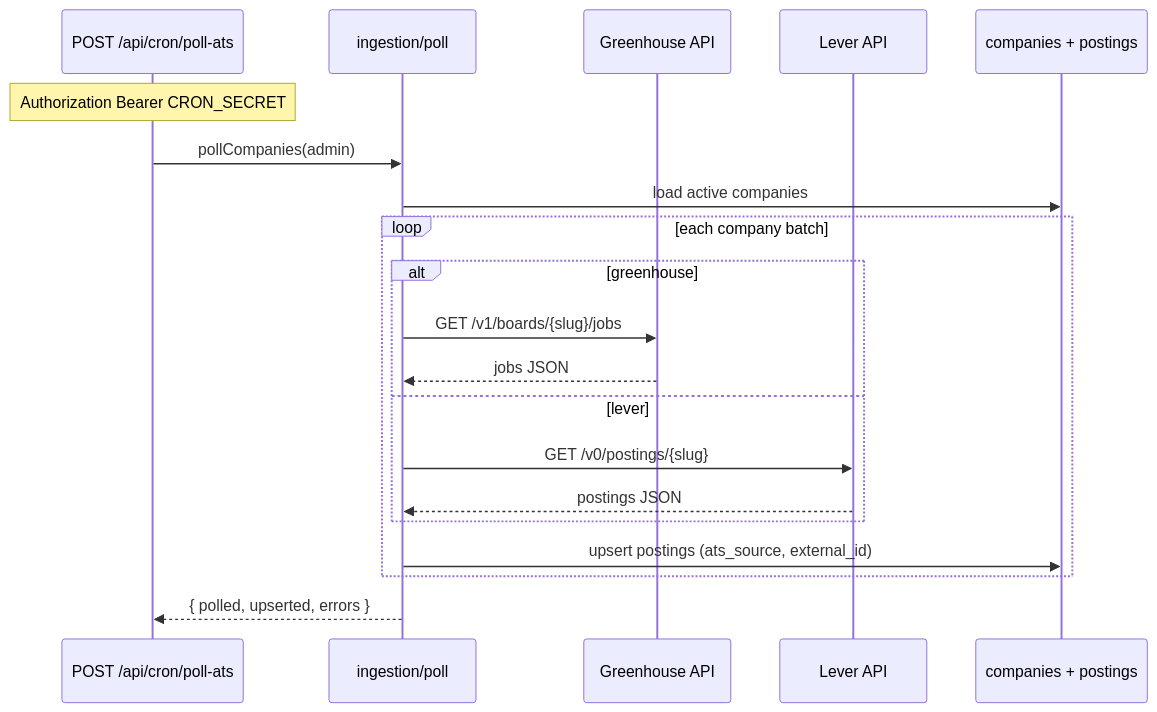
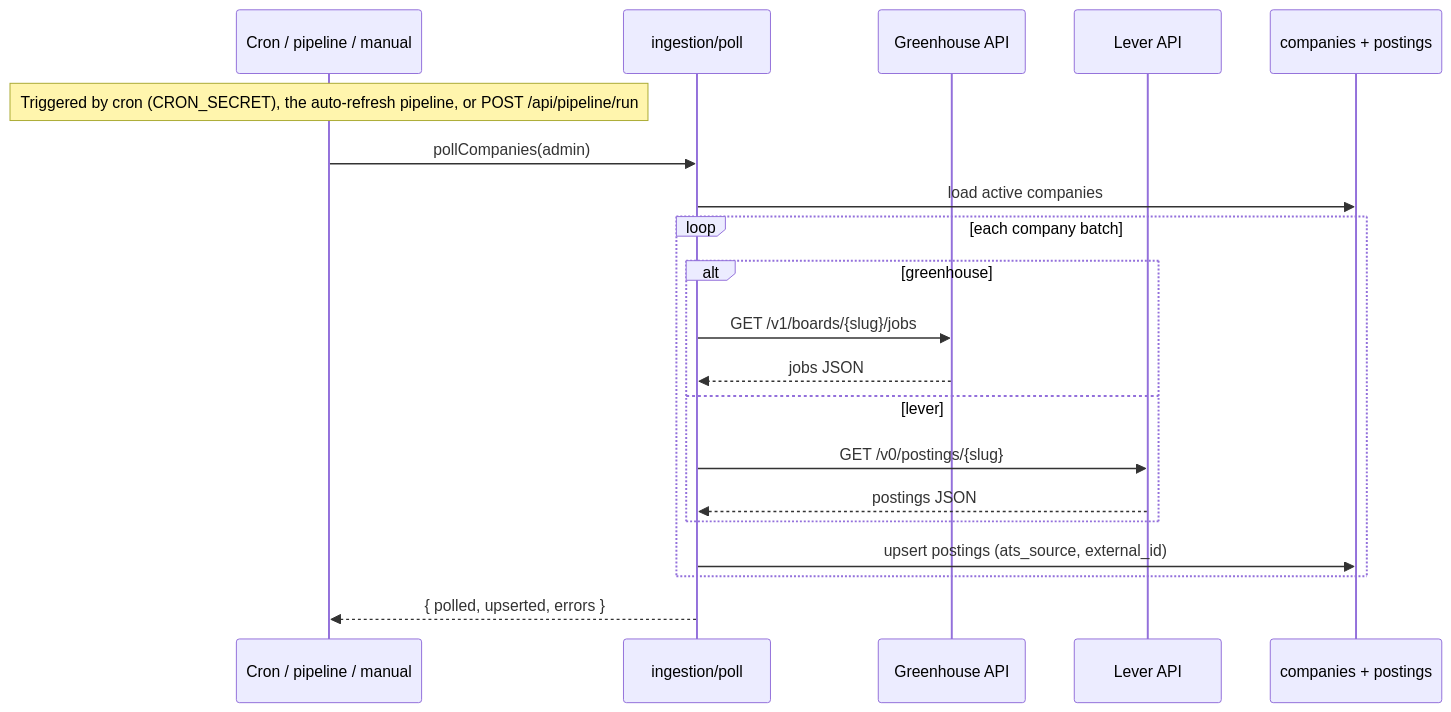
Before and after one commit to jxjwilliam/jobPilot: the fifth of 13 diagrams in docs/03-jobpilot-workflow.md, drawn with Mermaid. The commit also changed other lines of this file and 26 other files, not shown here.

First line of the commit message:
feat: general-purpose job pipeline — auto-refresh, stale expiry, applied filtering, re-scoring

````diff
--- a/docs/03-jobpilot-workflow.md
+++ b/docs/03-jobpilot-workflow.md
@@ -134,23 +142,23 @@
 ```mermaid
 sequenceDiagram
-  participant Cron as POST /api/cron/poll-ats
+  participant Trig as Cron / pipeline / manual
   participant Ing as ingestion/poll
   participant GH as Greenhouse API
   participant LV as Lever API
   participant DB as companies + postings
 
-  Note over Cron: Authorization Bearer CRON_SECRET
-  Cron->>Ing: pollCompanies(admin)
+  Note over Trig: Triggered by cron (CRON_SECRET), the auto-refresh pipeline, or POST /api/pipeline/run
+  Trig->>Ing: pollCompanies(admin)
   Ing->>DB: load active companies
   loop each company batch
     alt greenhouse
       Ing->>GH: GET /v1/boards/{slug}/jobs
       GH-->>Ing: jobs JSON
     else lever
       Ing->>LV: GET /v0/postings/{slug}
       LV-->>Ing: postings JSON
     end
     Ing->>DB: upsert postings (ats_source, external_id)
   end
-  Ing-->>Cron: { polled, upserted, errors }
+  Ing-->>Trig: { polled, upserted, errors }
 ```
````
